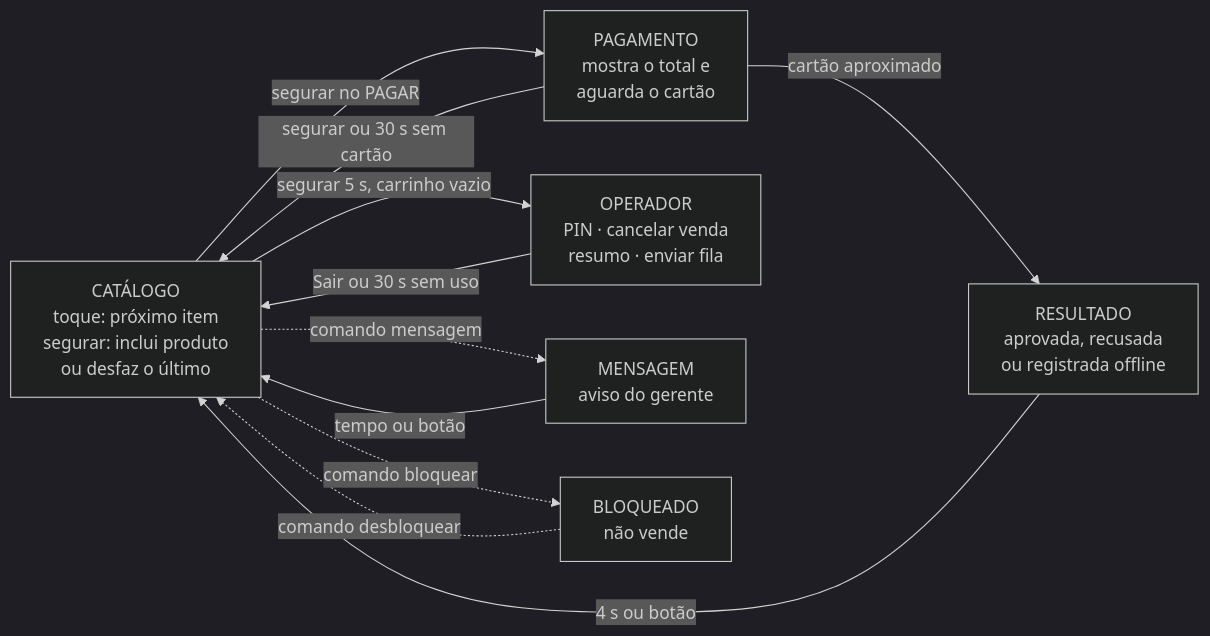
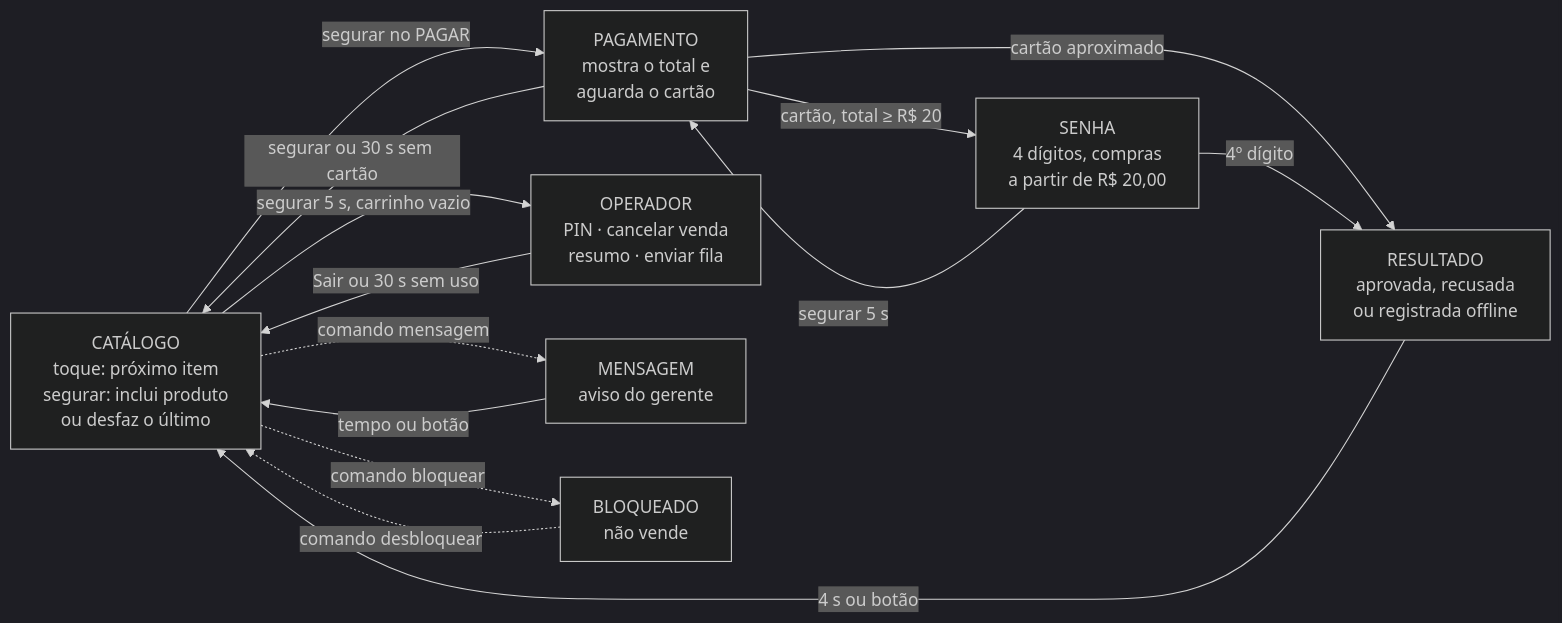
The fourth of 5 diagrams in README.md (Lbrb2/bytebank_pagamentos), drawn with Mermaid (dark theme) before and after one commit. The commit also changed other lines of this file and 30 other files, not shown here.

First line of the commit message:
Extras: senha do cartão e aba Placa (USB) no painel

````diff
--- a/README.md
+++ b/README.md
@@ -630,19 +632,23 @@
 ```mermaid
 flowchart LR
     C["CATÁLOGO<br/>toque: próximo item<br/>segurar: inclui produto<br/>ou desfaz o último"]
     P["PAGAMENTO<br/>mostra o total e<br/>aguarda o cartão"]
+    S["SENHA<br/>4 dígitos, compras<br/>a partir de R$ 20,00"]
     R["RESULTADO<br/>aprovada, recusada<br/>ou registrada offline"]
     O["OPERADOR<br/>PIN · cancelar venda<br/>resumo · enviar fila"]
     M["MENSAGEM<br/>aviso do gerente"]
     B["BLOQUEADO<br/>não vende"]
     C -- "segurar no PAGAR" --> P
     P -- "segurar ou 30 s sem cartão" --> C
     P -- "cartão aproximado" --> R
+    P -- "cartão, total ≥ R$ 20" --> S
+    S -- "4º dígito" --> R
+    S -- "segurar 5 s" --> P
     R -- "4 s ou botão" --> C
     C -- "segurar 5 s, carrinho vazio" --> O
     O -- "Sair ou 30 s sem uso" --> C
     C -. "comando mensagem" .-> M
     M -- "tempo ou botão" --> C
     C -. "comando bloquear" .-> B
     B -. "comando desbloquear" .-> C
 ```
````
